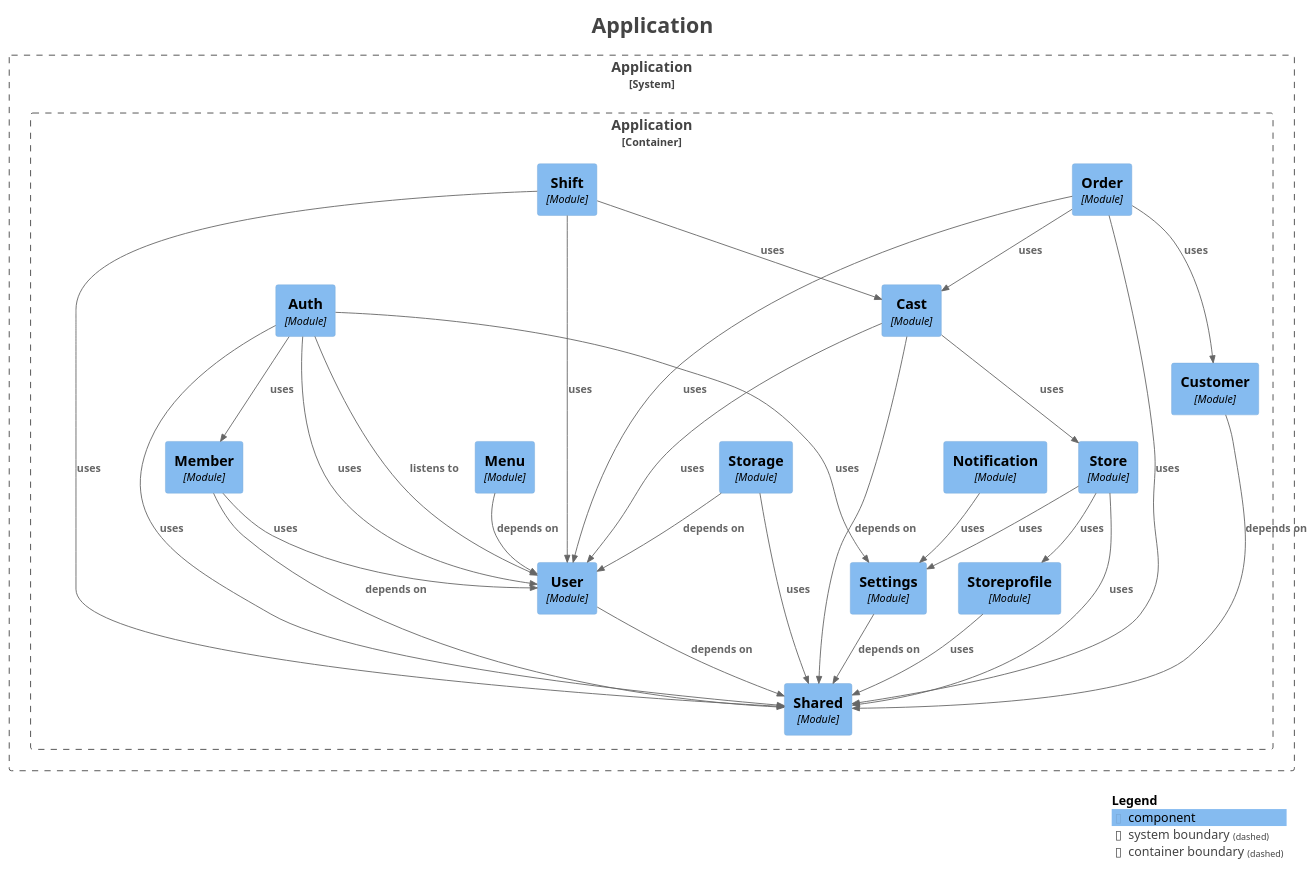
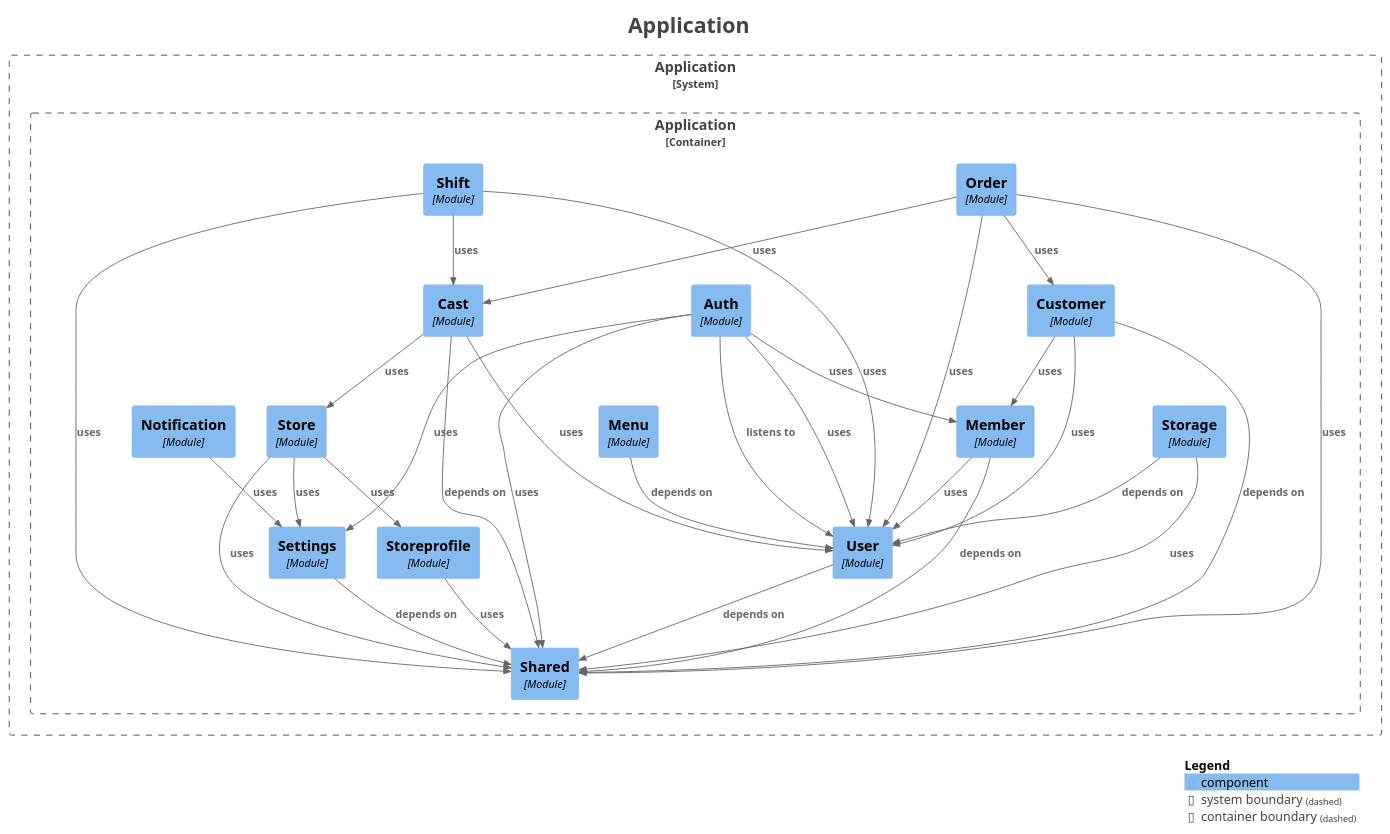
The diagram in backend/docs/modulith/components.puml (kanghouchao/Kizuna), drawn with PlantUML before and after one commit. The commit also changed 37 other files, not shown here.

```diff
--- a/backend/docs/modulith/components.puml
+++ b/backend/docs/modulith/components.puml
@@ -1,69 +1,71 @@
 @startuml
 title <size:24>Application</size>
 
 set separator none
 top to bottom direction
 
 <style>
   root {
     BackgroundColor: #ffffff
     FontColor: #444444
   }
 </style>
 
 !include <C4/C4>
 !include <C4/C4_Context>
 !include <C4/C4_Component>
 
 System_Boundary("Application_boundary", "Application", $tags="") {
   Container_Boundary("Application.Application_boundary", "Application", $tags="") {
-    Component(Application.Application.Menu, "Menu", $techn="Module", $descr="", $tags="", $link="")
-    Component(Application.Application.Notification, "Notification", $techn="Module", $descr="", $tags="", $link="")
     Component(Application.Application.Storage, "Storage", $techn="Module", $descr="", $tags="", $link="")
     Component(Application.Application.Store, "Store", $techn="Module", $descr="", $tags="", $link="")
+    Component(Application.Application.Auth, "Auth", $techn="Module", $descr="", $tags="", $link="")
     Component(Application.Application.Cast, "Cast", $techn="Module", $descr="", $tags="", $link="")
+    Component(Application.Application.Customer, "Customer", $techn="Module", $descr="", $tags="", $link="")
     Component(Application.Application.Order, "Order", $techn="Module", $descr="", $tags="", $link="")
     Component(Application.Application.Shift, "Shift", $techn="Module", $descr="", $tags="", $link="")
     Component(Application.Application.Shared, "Shared", $techn="Module", $descr="", $tags="", $link="")
-    Component(Application.Application.Customer, "Customer", $techn="Module", $descr="", $tags="", $link="")
     Component(Application.Application.Settings, "Settings", $techn="Module", $descr="", $tags="", $link="")
     Component(Application.Application.Storeprofile, "Storeprofile", $techn="Module", $descr="", $tags="", $link="")
     Component(Application.Application.User, "User", $techn="Module", $descr="", $tags="", $link="")
-    Component(Application.Application.Auth, "Auth", $techn="Module", $descr="", $tags="", $link="")
     Component(Application.Application.Member, "Member", $techn="Module", $descr="", $tags="", $link="")
+    Component(Application.Application.Menu, "Menu", $techn="Module", $descr="", $tags="", $link="")
+    Component(Application.Application.Notification, "Notification", $techn="Module", $descr="", $tags="", $link="")
   }
 
 }
 
+Rel(Application.Application.Storeprofile, Application.Application.Shared, "uses", $techn="", $tags="", $link="")
+Rel(Application.Application.Storage, Application.Application.User, "depends on", $techn="", $tags="", $link="")
+Rel(Application.Application.Storage, Application.Application.Shared, "uses", $techn="", $tags="", $link="")
+Rel(Application.Application.Auth, Application.Application.User, "listens to", $techn="", $tags="", $link="")
+Rel(Application.Application.Auth, Application.Application.User, "uses", $techn="", $tags="", $link="")
+Rel(Application.Application.Auth, Application.Application.Member, "uses", $techn="", $tags="", $link="")
+Rel(Application.Application.Auth, Application.Application.Shared, "uses", $techn="", $tags="", $link="")
+Rel(Application.Application.Auth, Application.Application.Settings, "uses", $techn="", $tags="", $link="")
 Rel(Application.Application.Menu, Application.Application.User, "depends on", $techn="", $tags="", $link="")
-Rel(Application.Application.Settings, Application.Application.Shared, "depends on", $techn="", $tags="", $link="")
-Rel(Application.Application.Storeprofile, Application.Application.Shared, "uses", $techn="", $tags="", $link="")
 Rel(Application.Application.Store, Application.Application.Storeprofile, "uses", $techn="", $tags="", $link="")
 Rel(Application.Application.Store, Application.Application.Settings, "uses", $techn="", $tags="", $link="")
 Rel(Application.Application.Store, Application.Application.Shared, "uses", $techn="", $tags="", $link="")
-Rel(Application.Application.Customer, Application.Application.Shared, "depends on", $techn="", $tags="", $link="")
-Rel(Application.Application.Auth, Application.Application.User, "listens to", $techn="", $tags="", $link="")
-Rel(Application.Application.Auth, Application.Application.User, "uses", $techn="", $tags="", $link="")
-Rel(Application.Application.Auth, Application.Application.Shared, "uses", $techn="", $tags="", $link="")
-Rel(Application.Application.Auth, Application.Application.Member, "uses", $techn="", $tags="", $link="")
-Rel(Application.Application.Auth, Application.Application.Settings, "uses", $techn="", $tags="", $link="")
-Rel(Application.Application.Notification, Application.Application.Settings, "uses", $techn="", $tags="", $link="")
 Rel(Application.Application.Member, Application.Application.Shared, "depends on", $techn="", $tags="", $link="")
 Rel(Application.Application.Member, Application.Application.User, "uses", $techn="", $tags="", $link="")
-Rel(Application.Application.Storage, Application.Application.User, "depends on", $techn="", $tags="", $link="")
-Rel(Application.Application.Storage, Application.Application.Shared, "uses", $techn="", $tags="", $link="")
+Rel(Application.Application.Notification, Application.Application.Settings, "uses", $techn="", $tags="", $link="")
 Rel(Application.Application.Shift, Application.Application.User, "uses", $techn="", $tags="", $link="")
 Rel(Application.Application.Shift, Application.Application.Cast, "uses", $techn="", $tags="", $link="")
 Rel(Application.Application.Shift, Application.Application.Shared, "uses", $techn="", $tags="", $link="")
 Rel(Application.Application.Cast, Application.Application.Shared, "depends on", $techn="", $tags="", $link="")
 Rel(Application.Application.Cast, Application.Application.User, "uses", $techn="", $tags="", $link="")
 Rel(Application.Application.Cast, Application.Application.Store, "uses", $techn="", $tags="", $link="")
+Rel(Application.Application.Customer, Application.Application.Shared, "depends on", $techn="", $tags="", $link="")
+Rel(Application.Application.Customer, Application.Application.Member, "uses", $techn="", $tags="", $link="")
+Rel(Application.Application.Customer, Application.Application.User, "uses", $techn="", $tags="", $link="")
+Rel(Application.Application.User, Application.Application.Shared, "depends on", $techn="", $tags="", $link="")
+Rel(Application.Application.Settings, Application.Application.Shared, "depends on", $techn="", $tags="", $link="")
 Rel(Application.Application.Order, Application.Application.Customer, "uses", $techn="", $tags="", $link="")
 Rel(Application.Application.Order, Application.Application.Cast, "uses", $techn="", $tags="", $link="")
 Rel(Application.Application.Order, Application.Application.User, "uses", $techn="", $tags="", $link="")
 Rel(Application.Application.Order, Application.Application.Shared, "uses", $techn="", $tags="", $link="")
-Rel(Application.Application.User, Application.Application.Shared, "depends on", $techn="", $tags="", $link="")
 
 SHOW_LEGEND(true)
 hide stereotypes
 @enduml
```
